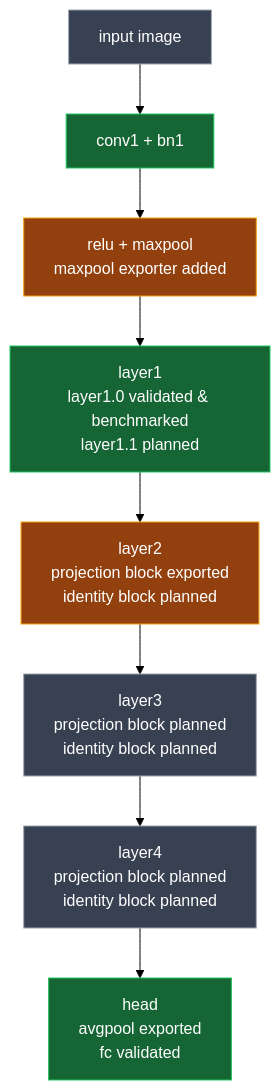
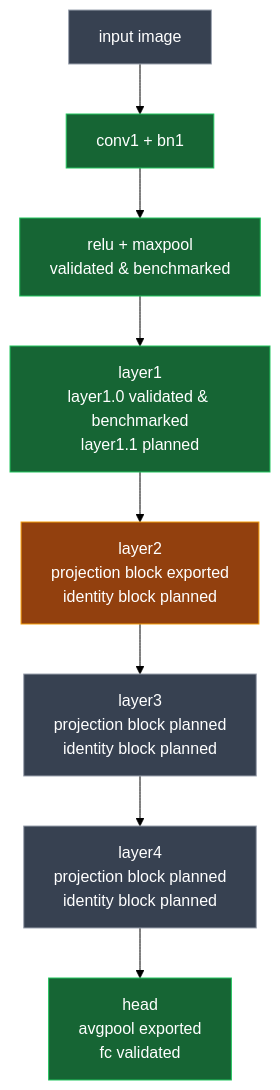
One commit to awaldm/dlinf changed the diagram in docs/resnet18_coverage.md. Above: the diagram before and after it, drawn with Mermaid (forest theme). The commit also changed other lines of this file and 11 other files, not shown here.

````diff
--- a/docs/resnet18_coverage.md
+++ b/docs/resnet18_coverage.md
@@ -10,22 +10,22 @@
 ```mermaid
 flowchart TB
     input["input image"]
     convbn["conv1 + bn1"]
-    relupool["relu + maxpool<br/>maxpool exporter added"]
+    relupool["relu + maxpool<br/>validated &amp; benchmarked"]
     layer1["layer1<br/>layer1.0 validated &amp; benchmarked<br/>layer1.1 planned"]
     layer2["layer2<br/>projection block exported<br/>identity block planned"]
     layer3["layer3<br/>projection block planned<br/>identity block planned"]
     layer4["layer4<br/>projection block planned<br/>identity block planned"]
     head["head<br/>avgpool exported<br/>fc validated"]
 
 
     input --> convbn --> relupool --> layer1 --> layer2 --> layer3 --> layer4 --> head
 
     classDef validated fill:#166534,stroke:#22c55e,color:#ffffff;
     classDef exported fill:#92400e,stroke:#f59e0b,color:#ffffff;
     classDef planned fill:#374151,stroke:#9ca3af,color:#ffffff;
 
-    class convbn,layer1,head validated;
-    class relupool,layer2 exported;
+    class convbn,layer1,head,relupool validated;
+    class layer2 exported;
     class input,layer3,layer4 planned;
 ```
````
